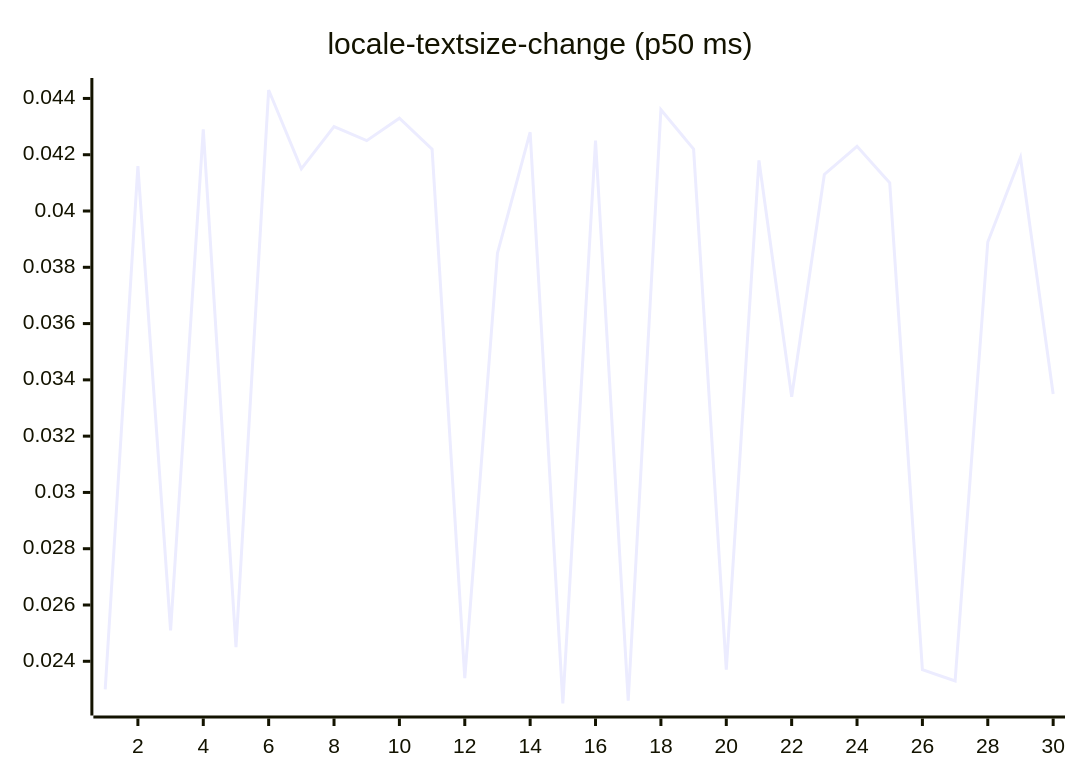
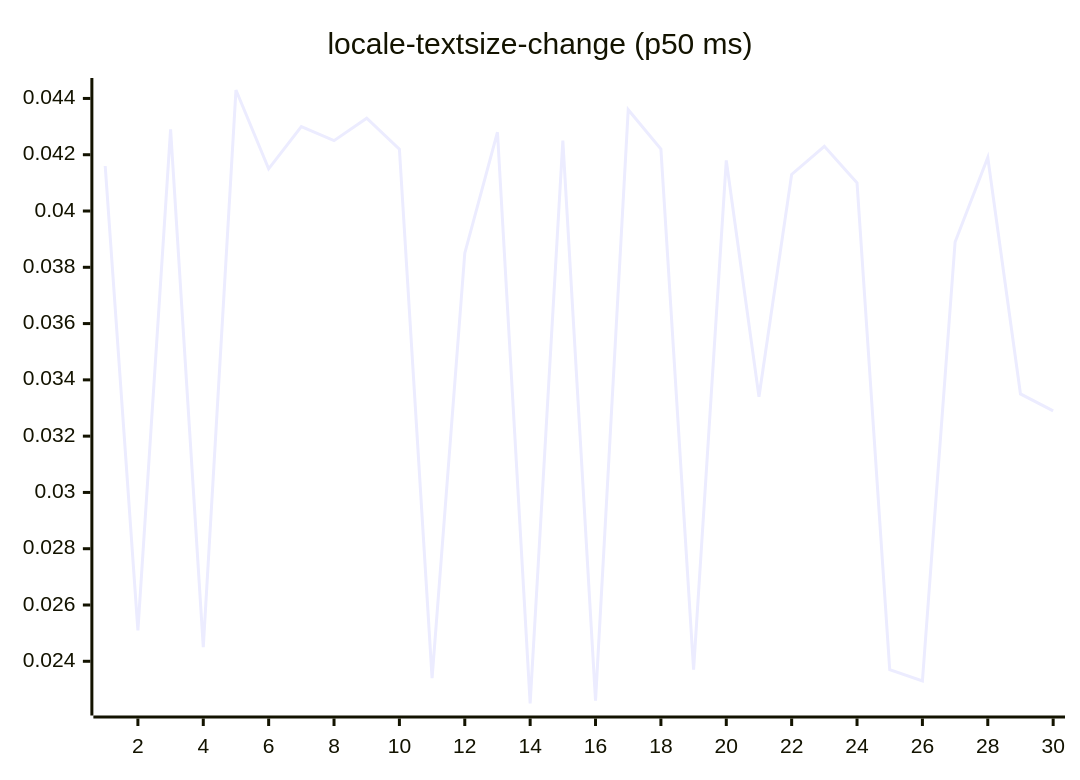
Diagram 13 of 27 in README.md (josha/Facet), drawn with Mermaid before and after one commit. The commit also changed other lines of this file and 2 other files, not shown here.

````diff
--- a/README.md
+++ b/README.md
@@ -147,6 +147,6 @@
 ```mermaid
 xychart-beta
     title "locale-textsize-change (p50 ms)"
     x-axis 1 --> 30
-    line [0.0230, 0.0416, 0.0251, 0.0429, 0.0245, 0.0443, 0.0415, 0.0430, 0.0425, 0.0433, 0.0422, 0.0234, 0.0385, 0.0428, 0.0225, 0.0425, 0.0226, 0.0436, 0.0422, 0.0237, 0.0418, 0.0334, 0.0413, 0.0423, 0.0410, 0.0237, 0.0233, 0.0389, 0.0419, 0.0335]
+    line [0.0416, 0.0251, 0.0429, 0.0245, 0.0443, 0.0415, 0.0430, 0.0425, 0.0433, 0.0422, 0.0234, 0.0385, 0.0428, 0.0225, 0.0425, 0.0226, 0.0436, 0.0422, 0.0237, 0.0418, 0.0334, 0.0413, 0.0423, 0.0410, 0.0237, 0.0233, 0.0389, 0.0419, 0.0335, 0.0329]
 ```
````
